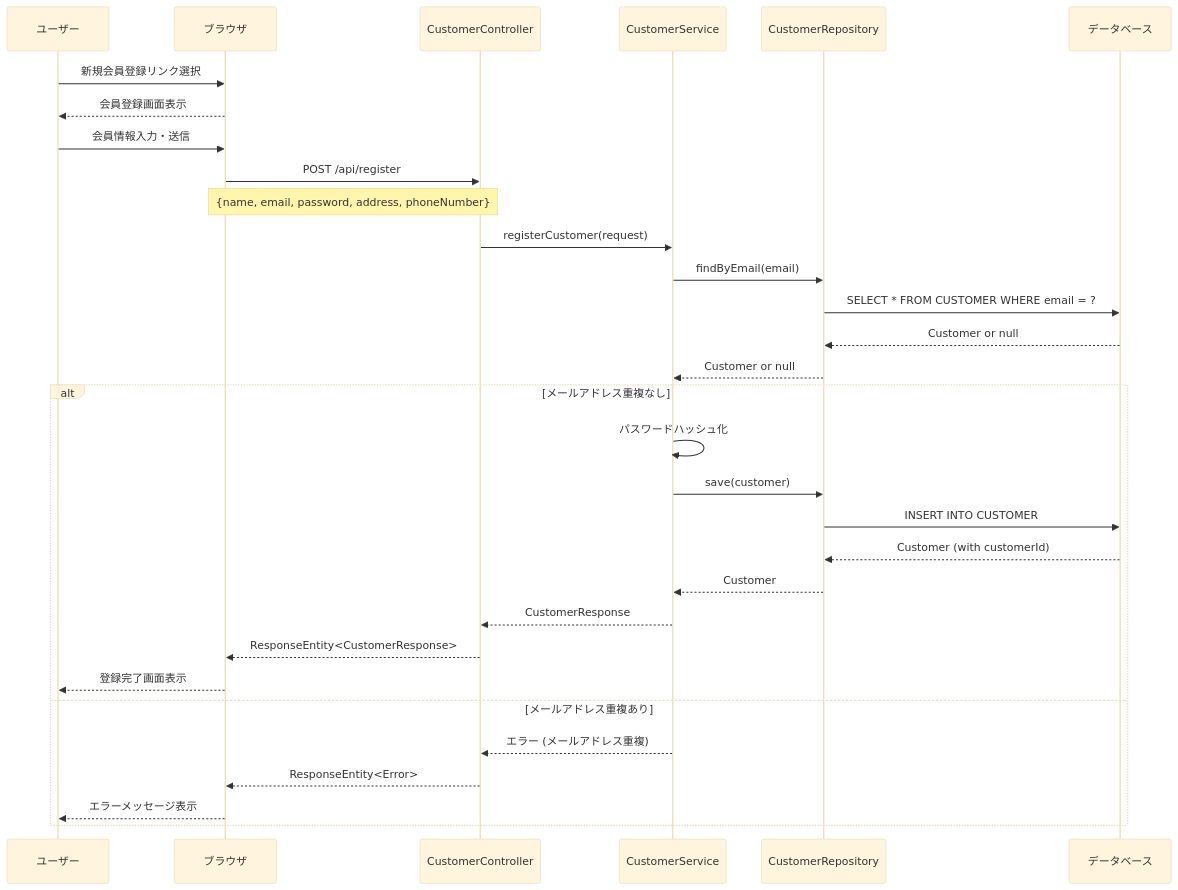
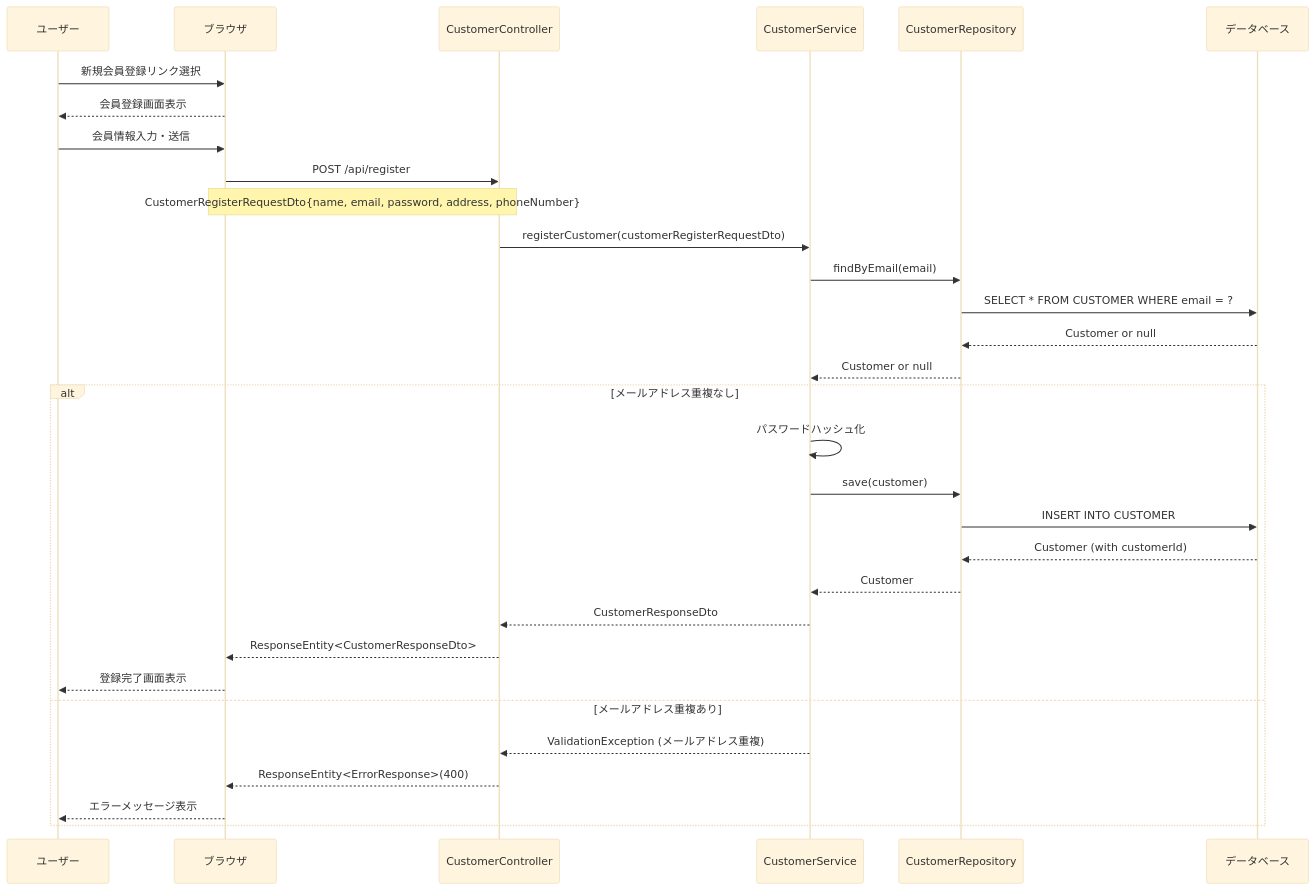
Diagram 12 of 17 in 詳細設計/3_sequence.md (shogomaeda758/Bacon), drawn with Mermaid (base theme) before and after one commit. The commit also changed other lines of this file and 2 other files, not shown here.

````diff
--- a/詳細設計/3_sequence.md
+++ b/詳細設計/3_sequence.md
@@ -465,36 +512,36 @@
 ```mermaid
 sequenceDiagram
     participant U as ユーザー
     participant B as ブラウザ
-    participant CC as CustomerController
+    participant CuC as CustomerController
     participant CS as CustomerService
     participant CR as CustomerRepository
     participant DB as データベース
 
     U->>B: 新規会員登録リンク選択
     B-->>U: 会員登録画面表示
     
     U->>B: 会員情報入力・送信
-    B->>CC: POST /api/register
-    Note over B,CC: {name, email, password, address, phoneNumber}
-    CC->>CS: registerCustomer(request)
+    B->>CuC: POST /api/register
+    Note over B,CuC: CustomerRegisterRequestDto{name, email, password, address, phoneNumber}
+    CuC->>CS: registerCustomer(customerRegisterRequestDto)
     CS->>CR: findByEmail(email)
     CR->>DB: SELECT * FROM CUSTOMER WHERE email = ?
     DB-->>CR: Customer or null
     CR-->>CS: Customer or null
     
     alt メールアドレス重複なし
         CS->>CS: パスワードハッシュ化
         CS->>CR: save(customer)
         CR->>DB: INSERT INTO CUSTOMER
         DB-->>CR: Customer (with customerId)
         CR-->>CS: Customer
-        CS-->>CC: CustomerResponse
-        CC-->>B: ResponseEntity<CustomerResponse>
+        CS-->>CuC: CustomerResponseDto
+        CuC-->>B: ResponseEntity<CustomerResponseDto>
         B-->>U: 登録完了画面表示
     else メールアドレス重複あり
-        CS-->>CC: エラー (メールアドレス重複)
-        CC-->>B: ResponseEntity<Error>
+        CS-->>CuC: ValidationException (メールアドレス重複)
+        CuC-->>B: ResponseEntity<ErrorResponse>(400)
         B-->>U: エラーメッセージ表示
     end
 ```
````
